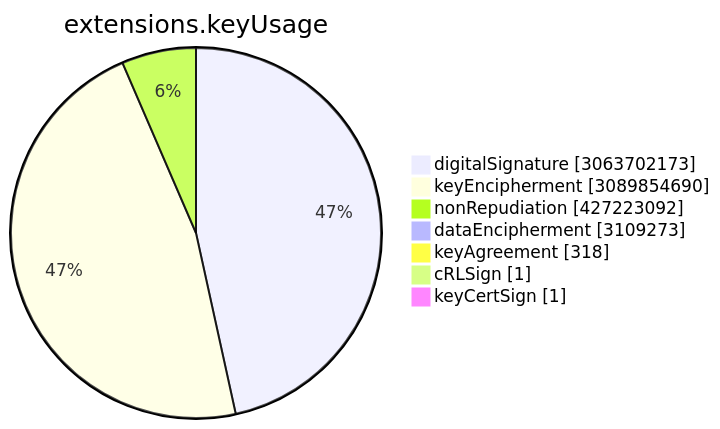
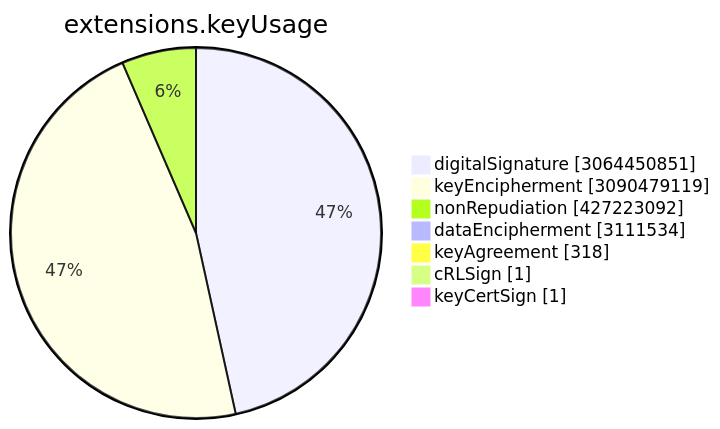
Before and after one commit to christiankrug/ctmonitor_visualization: the sixth of 15 diagrams in TOTAL/README.md, drawn with Mermaid. The commit also changed other lines of this file, not shown here.

````diff
--- a/TOTAL/README.md
+++ b/TOTAL/README.md
@@ -3075,11 +3075,11 @@
 ```mermaid
 pie showData
 title extensions.keyUsage
-"digitalSignature" :3063702173
-"keyEncipherment" :3089854690
+"digitalSignature" :3064450851
+"keyEncipherment" :3090479119
 "nonRepudiation" :427223092
-"dataEncipherment" :3109273
+"dataEncipherment" :3111534
 "keyAgreement" :318
 "cRLSign" :1
 "keyCertSign" :1
 ```
````
